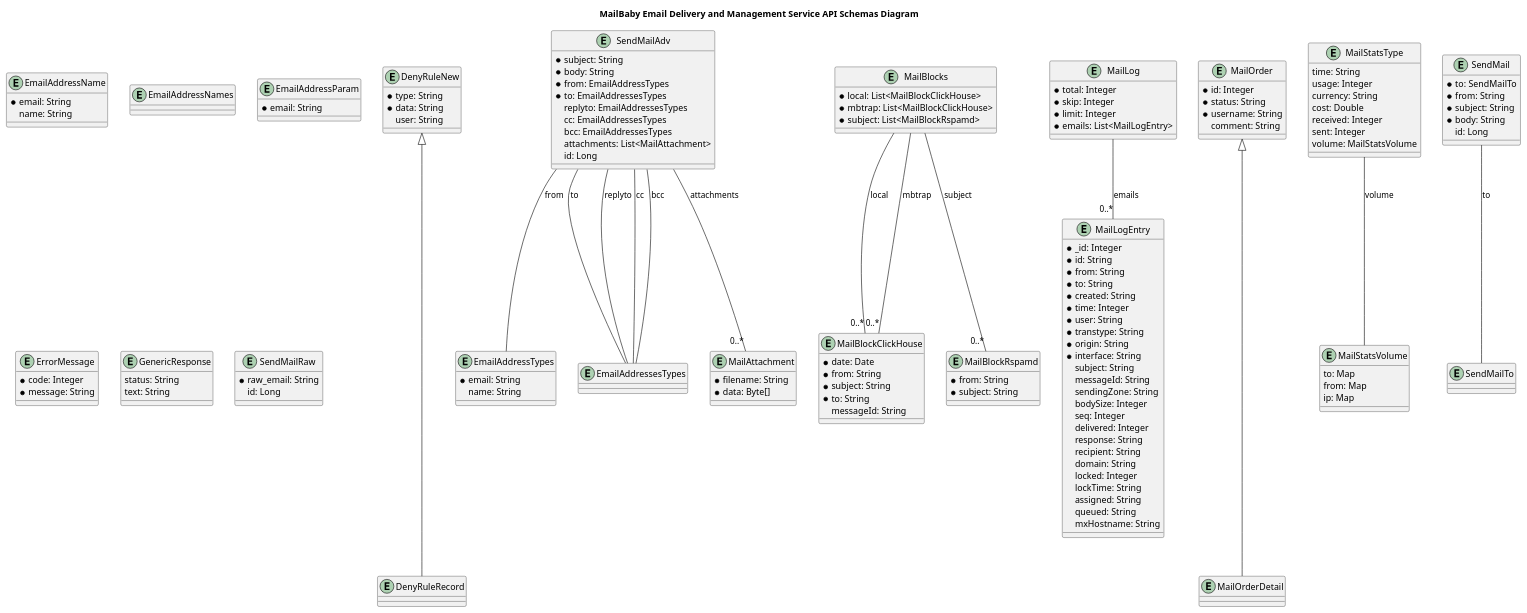
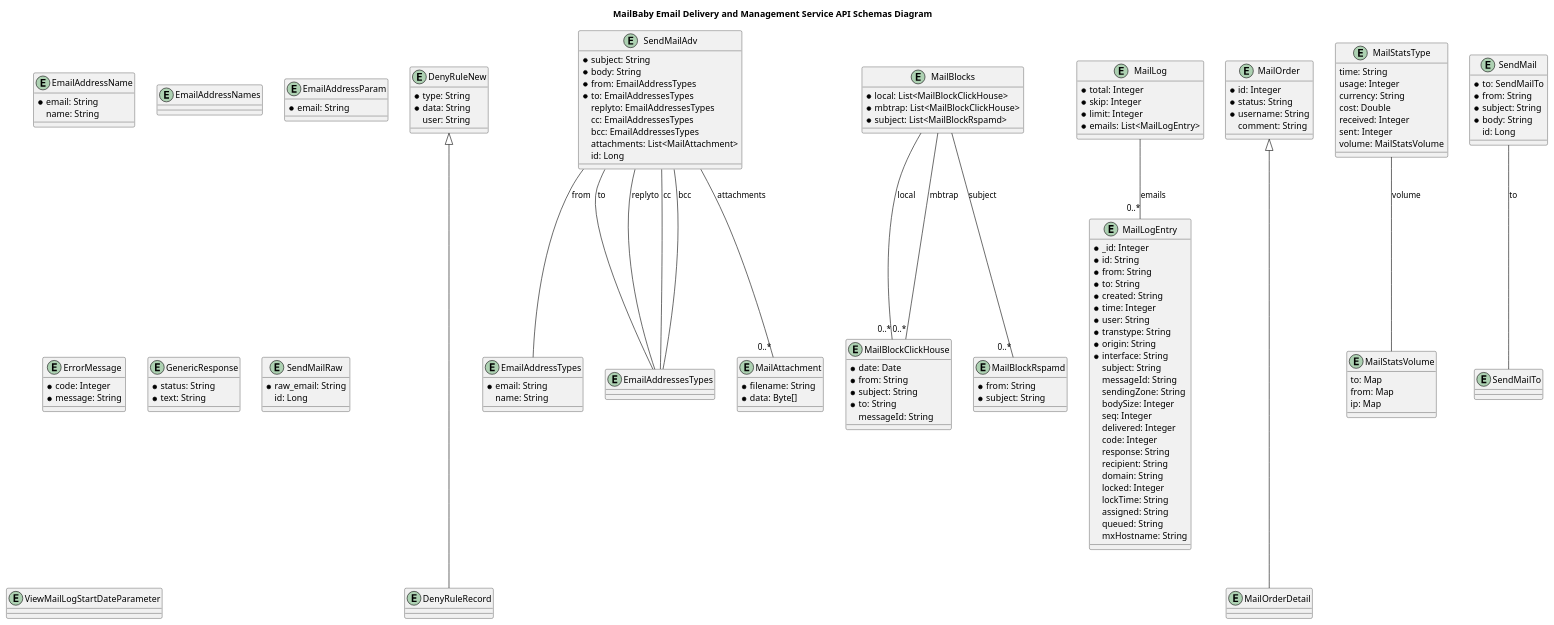
One commit to interserver/mailbaby-api-samples changed the diagram in openapi-documentation/plantuml/schemas.plantuml. Above: the diagram before and after it, drawn with PlantUML. The commit also changed 3235 other files, not shown here.

```diff
--- a/openapi-documentation/plantuml/schemas.plantuml
+++ b/openapi-documentation/plantuml/schemas.plantuml
@@ -1,172 +1,176 @@
 @startuml
 
 title MailBaby Email Delivery and Management Service API Schemas Diagram
 
 entity DenyRuleNew {
     * type: String
     * data: String
     user: String
 }
 
 entity DenyRuleRecord {
 }
 
 entity EmailAddressName {
     * email: String
     name: String
 }
 
 entity EmailAddressNames {
 }
 
 entity EmailAddressParam {
     * email: String
 }
 
 entity EmailAddressTypes {
     * email: String
     name: String
 }
 
 entity EmailAddressesTypes {
 }
 
 entity ErrorMessage {
     * code: Integer
     * message: String
 }
 
 entity GenericResponse {
-    status: String
-    text: String
+    * status: String
+    * text: String
 }
 
 entity MailAttachment {
     * filename: String
     * data: Byte[]
 }
 
 entity MailBlockClickHouse {
     * date: Date
     * from: String
     * subject: String
     * to: String
     messageId: String
 }
 
 entity MailBlockRspamd {
     * from: String
     * subject: String
 }
 
 entity MailBlocks {
     * local: List<MailBlockClickHouse>
     * mbtrap: List<MailBlockClickHouse>
     * subject: List<MailBlockRspamd>
 }
 
 entity MailLog {
     * total: Integer
     * skip: Integer
     * limit: Integer
     * emails: List<MailLogEntry>
 }
 
 entity MailLogEntry {
     * _id: Integer
     * id: String
     * from: String
     * to: String
     * created: String
     * time: Integer
     * user: String
     * transtype: String
     * origin: String
     * interface: String
     subject: String
     messageId: String
     sendingZone: String
     bodySize: Integer
     seq: Integer
     delivered: Integer
+    code: Integer
     response: String
     recipient: String
     domain: String
     locked: Integer
     lockTime: String
     assigned: String
     queued: String
     mxHostname: String
 }
 
 entity MailOrder {
     * id: Integer
     * status: String
     * username: String
     comment: String
 }
 
 entity MailOrderDetail {
 }
 
 entity MailStatsType {
     time: String
     usage: Integer
     currency: String
     cost: Double
     received: Integer
     sent: Integer
     volume: MailStatsVolume
 }
 
 entity MailStatsVolume {
     to: Map
     from: Map
     ip: Map
 }
 
 entity SendMail {
     * to: SendMailTo
     * from: String
     * subject: String
     * body: String
     id: Long
 }
 
 entity SendMailAdv {
     * subject: String
     * body: String
     * from: EmailAddressTypes
     * to: EmailAddressesTypes
     replyto: EmailAddressesTypes
     cc: EmailAddressesTypes
     bcc: EmailAddressesTypes
     attachments: List<MailAttachment>
     id: Long
 }
 
 entity SendMailRaw {
     * raw_email: String
     id: Long
 }
 
 entity SendMailTo {
 }
 
+entity ViewMailLogStartDateParameter {
+}
+
 DenyRuleNew <|--- DenyRuleRecord
 MailOrder <|--- MailOrderDetail
 
 MailStatsType -- MailStatsVolume : volume
 SendMailAdv -- EmailAddressTypes : from
 SendMailAdv -- EmailAddressesTypes : to
 SendMailAdv -- EmailAddressesTypes : replyto
 SendMailAdv -- EmailAddressesTypes : cc
 SendMailAdv -- EmailAddressesTypes : bcc
 SendMailAdv -- "0..*" MailAttachment : attachments
 SendMail -- SendMailTo : to
 MailLog -- "0..*" MailLogEntry : emails
 MailBlocks -- "0..*" MailBlockClickHouse : local
 MailBlocks -- "0..*" MailBlockClickHouse : mbtrap
 MailBlocks -- "0..*" MailBlockRspamd : subject
 
 @enduml
```
